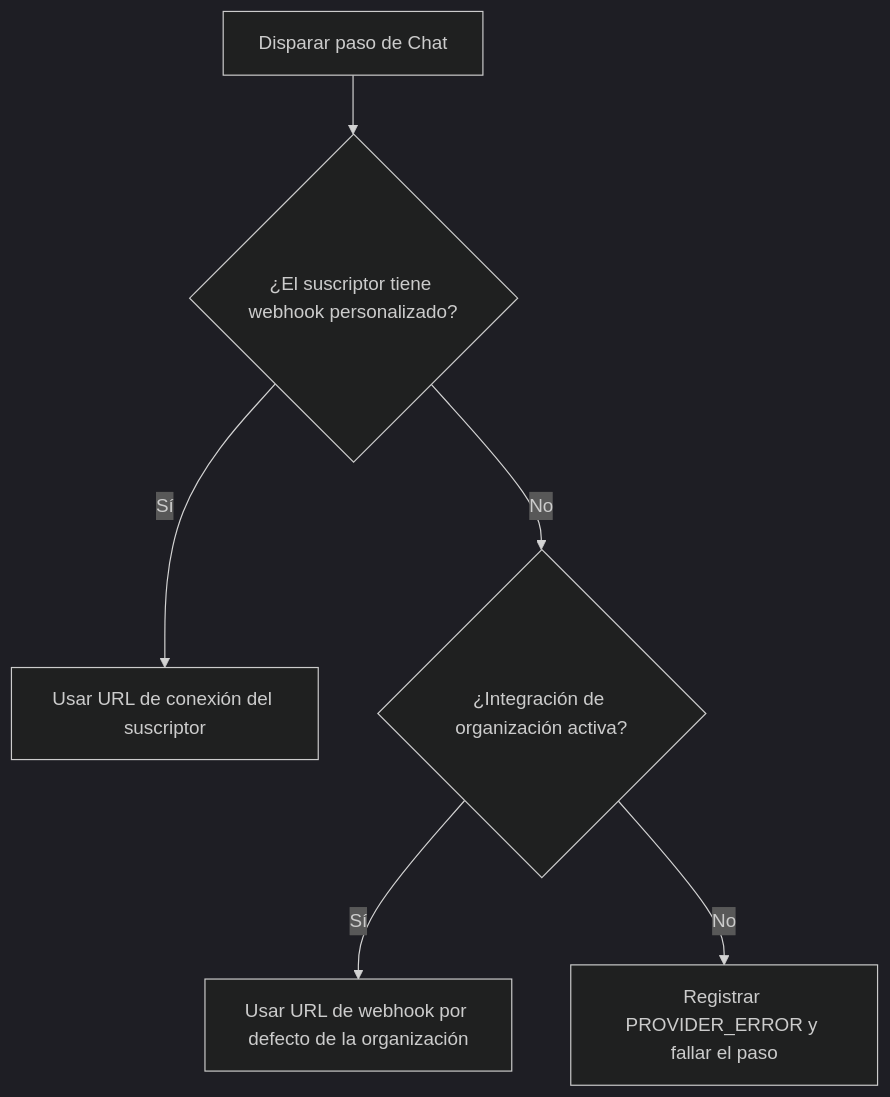
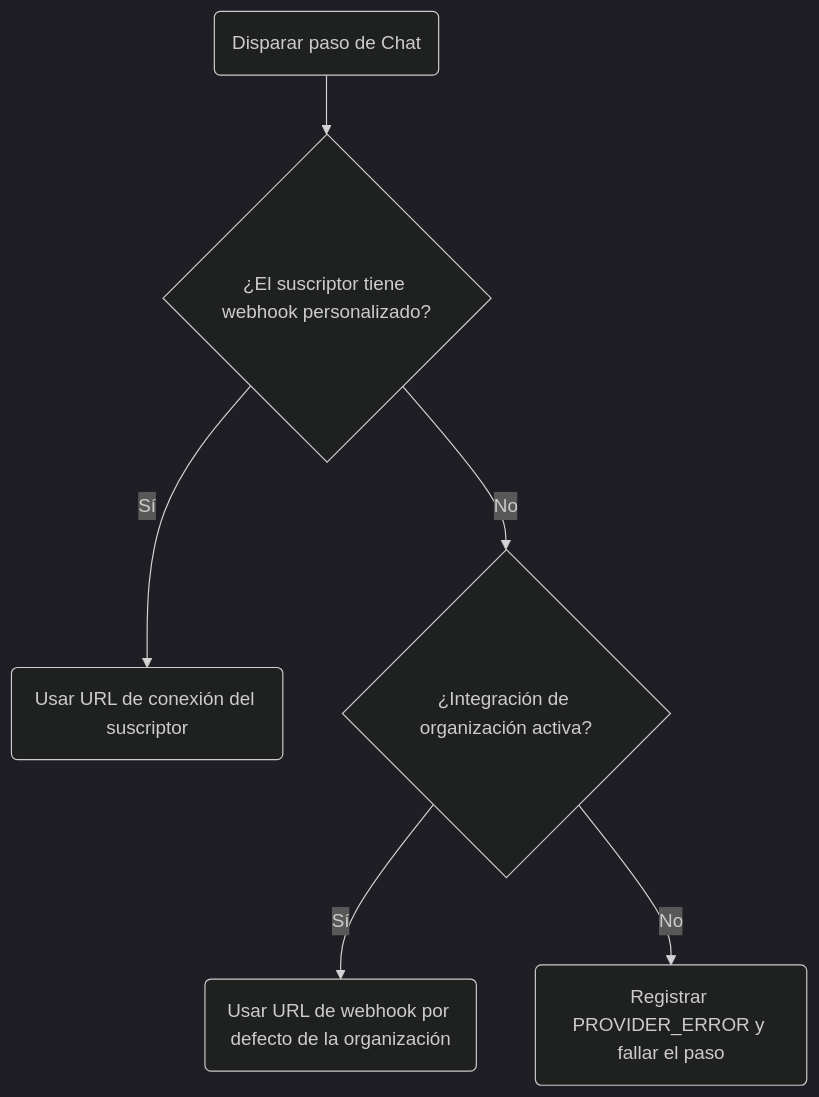
One commit to KriyanshKhunt/nexus_docs changed the diagram in content/docs/es/platform/integrations/messaging-channels.mdx. Above: the diagram before and after it, drawn with Mermaid (dark theme). The commit also changed 20 other files, not shown here.

Commit message:
Handle es Mermaid charts

````diff
--- a/content/docs/es/platform/integrations/messaging-channels.mdx
+++ b/content/docs/es/platform/integrations/messaging-channels.mdx
@@ -17,8 +17,8 @@
 ```mermaid
 flowchart TD
-  Trigger[Disparar paso de Chat] --> Sub{¿El suscriptor tiene webhook personalizado?}
-  Sub -->|Sí| Custom[Usar URL de conexión del suscriptor]
+  Trigger(Disparar paso de Chat) --> Sub{¿El suscriptor tiene webhook personalizado?}
+  Sub -->|Sí| Custom(Usar URL de conexión del suscriptor)
   Sub -->|No| Fallback{¿Integración de organización activa?}
-  Fallback -->|Sí| Default[Usar URL de webhook por defecto de la organización]
-  Fallback -->|No| Fail[Registrar PROVIDER_ERROR y fallar el paso]
+  Fallback -->|Sí| Default(Usar URL de webhook por defecto de la organización)
+  Fallback -->|No| Fail(Registrar PROVIDER_ERROR y fallar el paso)
 ```
````
